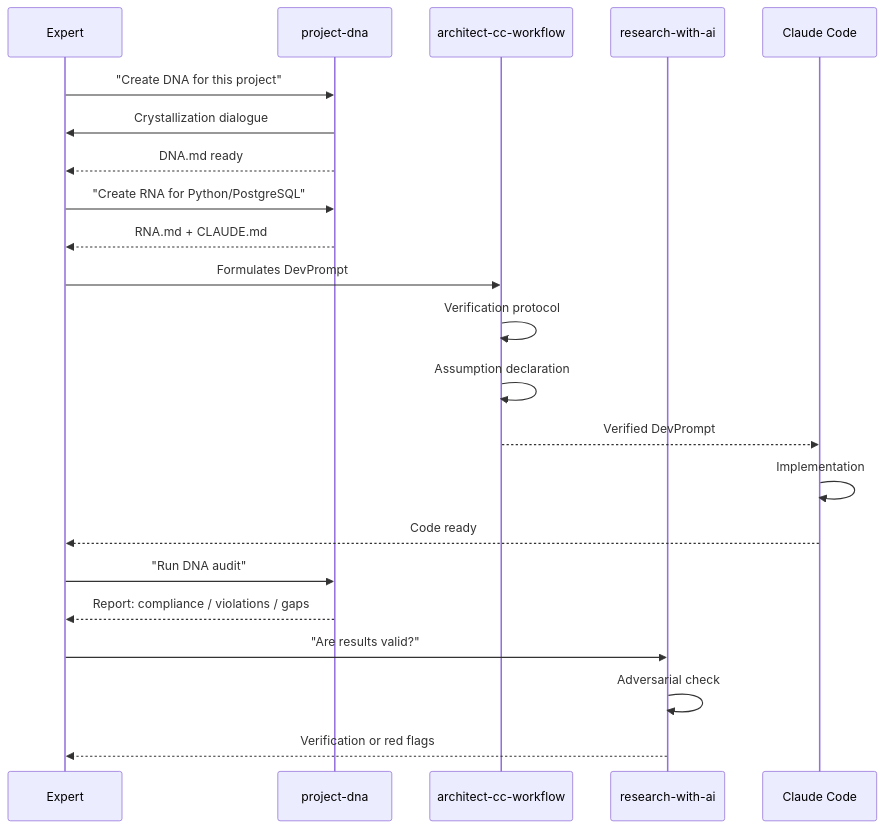
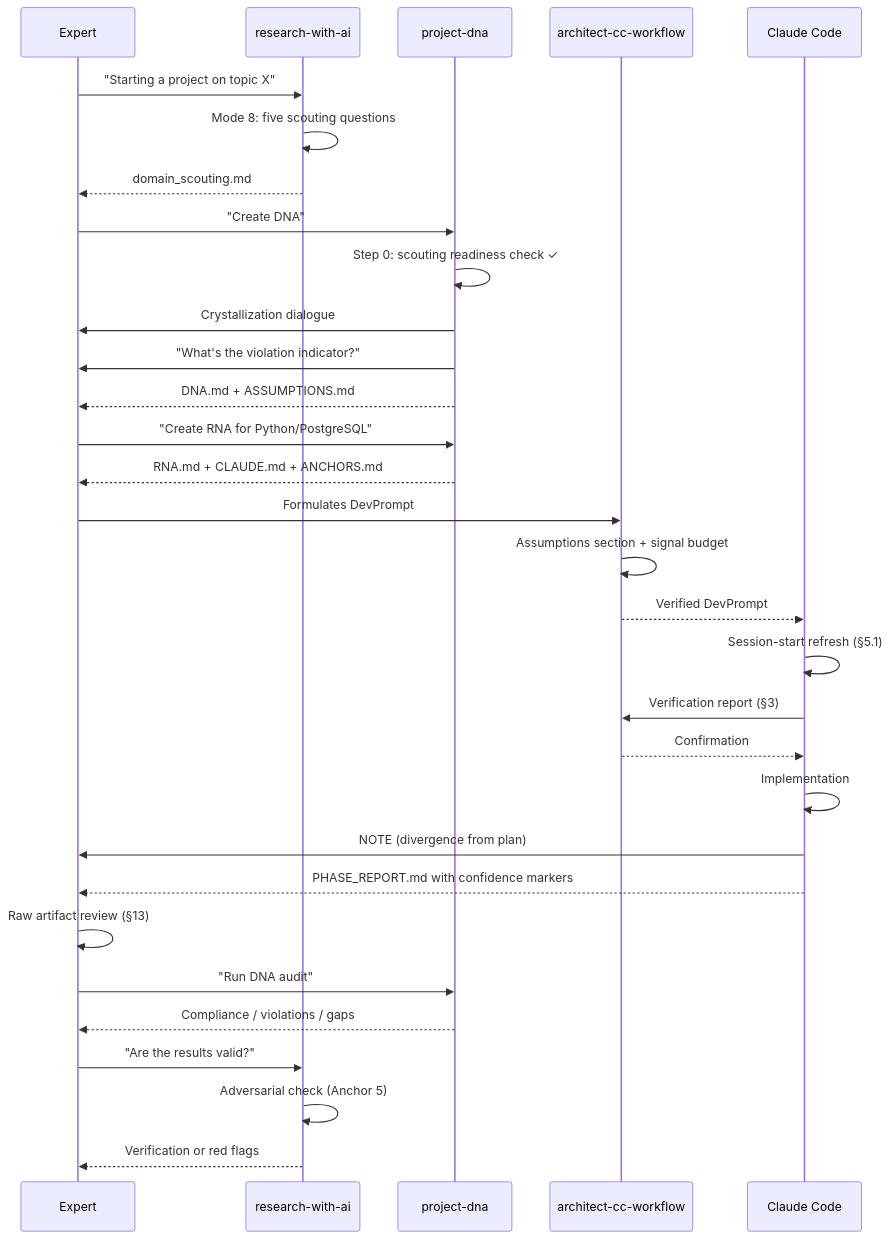
One commit to SizovOleg/project-dna changed the fourth of 5 diagrams in docs/ecosystem-en.md. Above: the diagram before and after it, drawn with Mermaid. The commit also changed other lines of this file and 9 other files, not shown here.

````diff
--- a/docs/ecosystem-en.md
+++ b/docs/ecosystem-en.md
@@ -97,30 +198,41 @@
 ```mermaid
 sequenceDiagram
     participant E as Expert
+    participant RES as research-with-ai
     participant DNA as project-dna
     participant ARCH as architect-cc-workflow
-    participant RES as research-with-ai
     participant CC as Claude Code
 
-    E->>DNA: "Create DNA for this project"
+    E->>RES: "Starting a project on topic X"
+    RES->>RES: Mode 8: five scouting questions
+    RES-->>E: domain_scouting.md
+
+    E->>DNA: "Create DNA"
+    DNA->>DNA: Step 0: scouting readiness check ✓
     DNA->>E: Crystallization dialogue
-    DNA-->>E: DNA.md ready
+    DNA->>E: "What's the violation indicator?"
+    DNA-->>E: DNA.md + ASSUMPTIONS.md
 
     E->>DNA: "Create RNA for Python/PostgreSQL"
-    DNA-->>E: RNA.md + CLAUDE.md
+    DNA-->>E: RNA.md + CLAUDE.md + ANCHORS.md
 
     E->>ARCH: Formulates DevPrompt
-    ARCH->>ARCH: Verification protocol
-    ARCH->>ARCH: Assumption declaration
+    ARCH->>ARCH: Assumptions section + signal budget
     ARCH-->>CC: Verified DevPrompt
 
+    CC->>CC: Session-start refresh (§5.1)
+    CC->>ARCH: Verification report (§3)
+    ARCH-->>CC: Confirmation
+
     CC->>CC: Implementation
-    CC-->>E: Code ready
+    CC->>E: NOTE (divergence from plan)
+    CC-->>E: PHASE_REPORT.md with confidence markers
 
+    E->>E: Raw artifact review (§13)
     E->>DNA: "Run DNA audit"
-    DNA-->>E: Report: compliance / violations / gaps
+    DNA-->>E: Compliance / violations / gaps
 
-    E->>RES: "Are results valid?"
-    RES->>RES: Adversarial check
+    E->>RES: "Are the results valid?"
+    RES->>RES: Adversarial check (Anchor 5)
     RES-->>E: Verification or red flags
 ```
````
